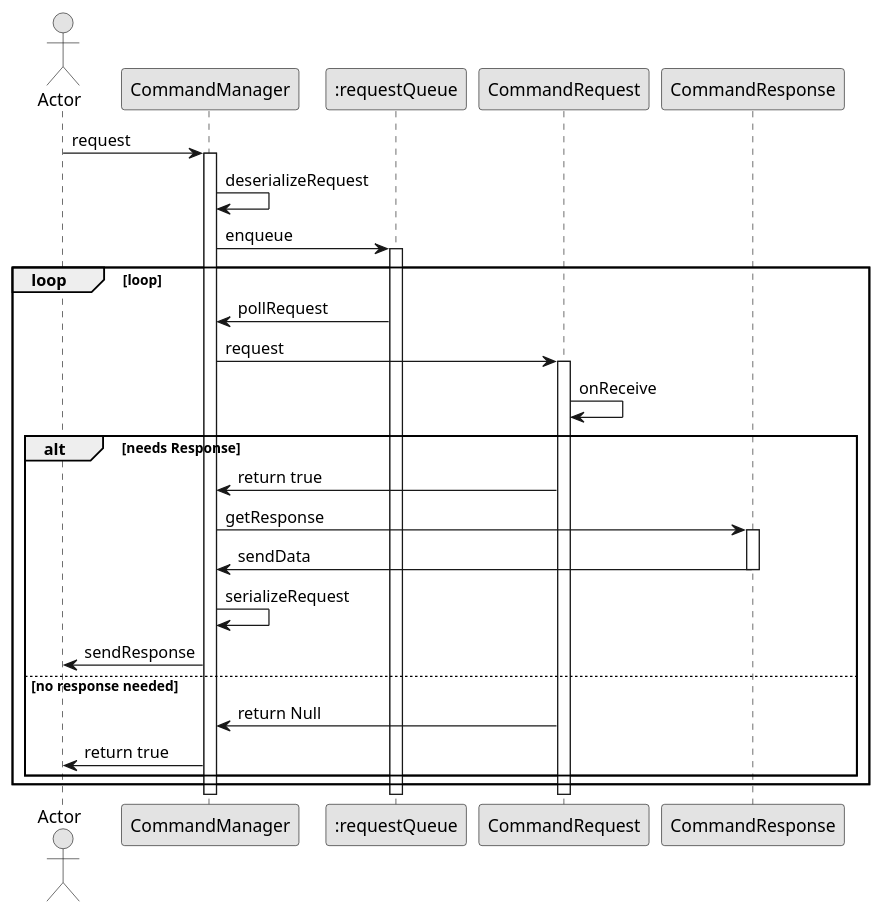
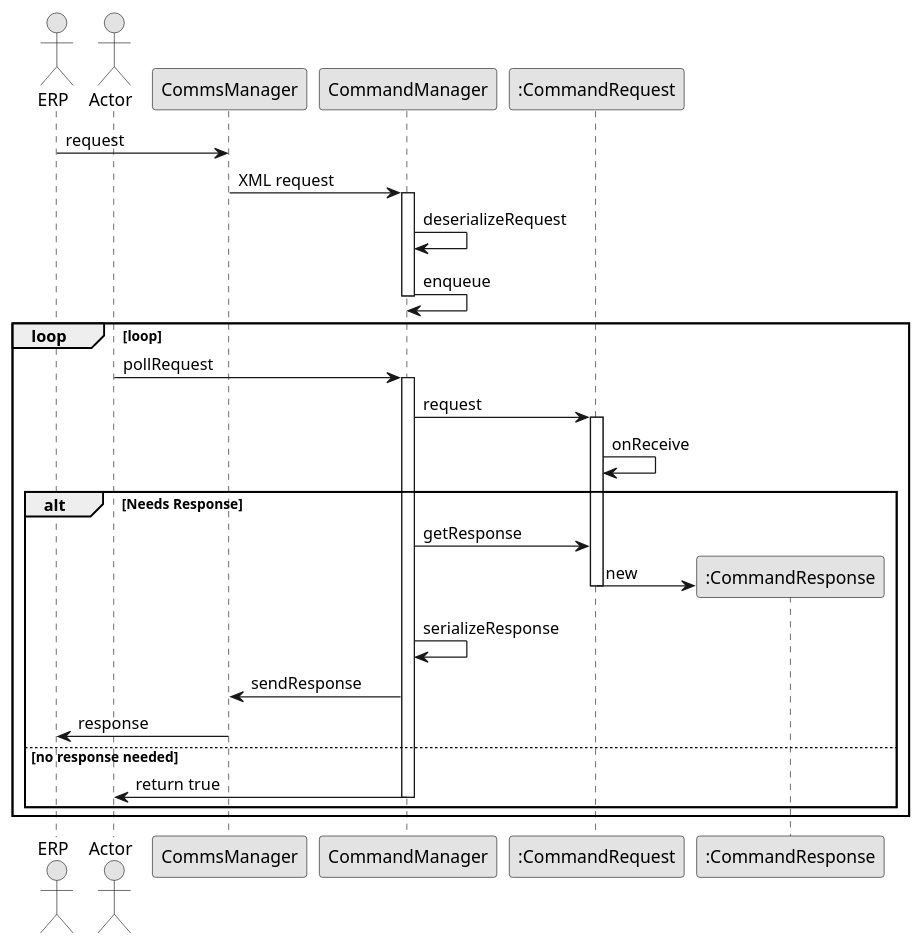
The diagram in docs/sequence_uml/command_manager.puml (avrocha/plant-floor-control), drawn with PlantUML before and after one commit. The commit also changed 2 other files, not shown here.

Commit message:
UML: Change actor names and update Command Manager
References: #1 #2 #3

```diff
--- a/docs/sequence_uml/command_manager.puml
+++ b/docs/sequence_uml/command_manager.puml
@@ -1,45 +1,54 @@
 @startuml
 
 skinparam linetype ortho
 skinparam Monochrome true
 skinparam classAttributeIconSize 0
 
 
+Actor ERP
 Actor Actor
-
-Actor -> CommandManager: request
+ERP ->CommsManager: request
+CommsManager ->CommandManager: XML request
 activate CommandManager
 
 CommandManager->CommandManager: deserializeRequest
 
-CommandManager->":requestQueue": enqueue
-activate ":requestQueue"
+CommandManager->CommandManager: enqueue
+deactivate CommandManager
 
 loop loop
-":requestQueue"->CommandManager: pollRequest
-CommandManager->CommandRequest: request
-activate CommandRequest
 
-CommandRequest->CommandRequest: onReceive
 
-alt needs Response
-    CommandRequest->CommandManager: return true
-    CommandManager->CommandResponse: getResponse
-    activate CommandResponse
-    CommandResponse->CommandManager: sendData  
-    deactivate CommandResponse
-    CommandManager->CommandManager: serializeRequest
-    CommandManager->Actor: sendResponse
+Actor->CommandManager: pollRequest
+activate CommandManager
+
+CommandManager->":CommandRequest": request
+activate ":CommandRequest"
+
+":CommandRequest"->":CommandRequest": onReceive
+
+alt  Needs Response
+    CommandManager->":CommandRequest": getResponse
+
+    Create ":CommandResponse"
+    ":CommandRequest"->":CommandResponse": new 
+    deactivate ":CommandRequest"
+
+
+
+    CommandManager->CommandManager: serializeResponse
+    CommandManager->CommsManager: sendResponse
+    CommsManager ->ERP: response
 
 
 
     else no response needed
-        CommandRequest->CommandManager: return Null
         CommandManager->Actor: return true
+        deactivate CommandManager
 
 end
 
 end
 
 
 @enduml
```
